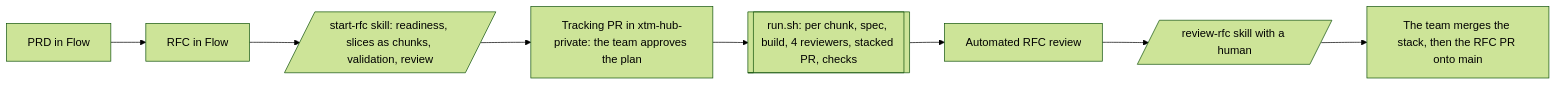
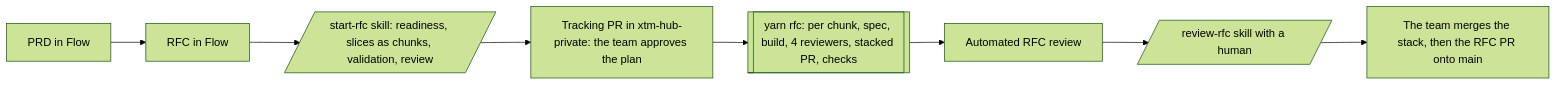
The diagram in rfc-delivery/README.md (XTM-Hub/xtm-hub), drawn with Mermaid (forest theme) before and after one commit. The commit also changed other lines of this file and 29 other files, not shown here.

````diff
--- a/rfc-delivery/README.md
+++ b/rfc-delivery/README.md
@@ -8,12 +8,12 @@
 ```mermaid
 flowchart LR
   accTitle: From an RFC in Flow to a pull request onto main
-  accDescr: The PRD and the RFC are written in filigran-flow. The start-rfc skill turns the RFC slices into chunks the engineers validate and opens the tracking pull request in xtm-hub-private. Once the team approves it, run.sh builds each chunk as a stacked pull request. When all are built, an automated RFC review is posted, the review-rfc skill closes it with a human, and the team merges the stack, then the RFC pull request onto main.
+  accDescr: The PRD and the RFC are written in filigran-flow. The start-rfc skill turns the RFC slices into chunks the engineers validate and opens the tracking pull request in xtm-hub-private. Once the team approves it, yarn rfc builds each chunk as a stacked pull request in a worktree of the RFC. When all are built, an automated RFC review is posted, the review-rfc skill closes it with a human, and the team merges the stack, then the RFC pull request onto main.
   PRD[PRD in Flow] --> RFC[RFC in Flow]
   RFC --> START[/start-rfc skill: readiness, slices as chunks, validation, review/]
   START --> TRACK[Tracking PR in xtm-hub-private: the team approves the plan]
-  TRACK --> LOOP[[run.sh: per chunk, spec, build, 4 reviewers, stacked PR, checks]]
+  TRACK --> LOOP[[yarn rfc: per chunk, spec, build, 4 reviewers, stacked PR, checks]]
   LOOP --> GATE[Automated RFC review]
   GATE --> REVIEW[/review-rfc skill with a human/]
   REVIEW --> MERGE[The team merges the stack, then the RFC PR onto main]
 ```
````
